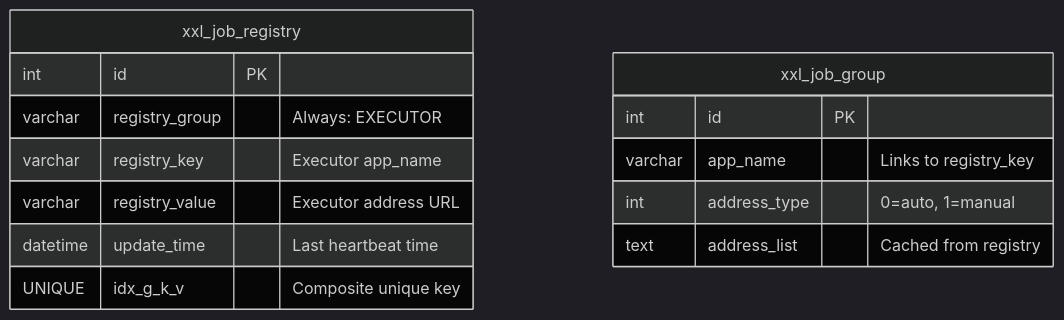
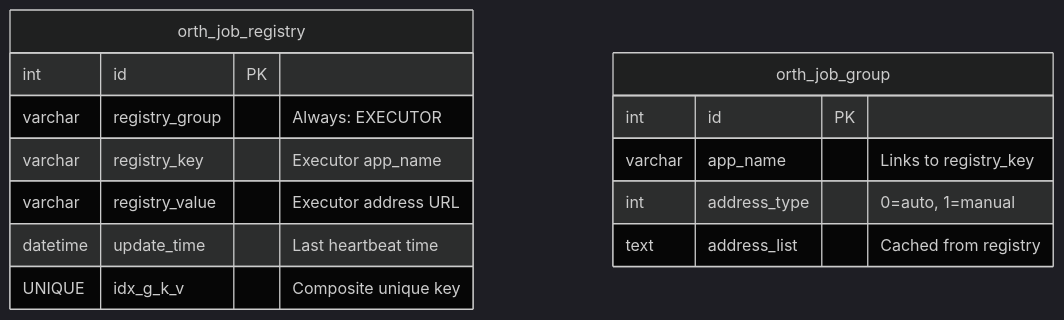
One commit to zombie12138/orth changed the third of 15 diagrams in arch/01-registry-and-discovery.md. Above: the diagram before and after it, drawn with Mermaid (dark theme). The commit also changed other lines of this file and 576 other files, not shown here.

First line of the commit message:
refactor: rename xxl-job → orth across entire project

````diff
--- a/arch/01-registry-and-discovery.md
+++ b/arch/01-registry-and-discovery.md
@@ -87,18 +87,18 @@
 ```mermaid
 erDiagram
-    xxl_job_registry {
+    orth_job_registry {
         int id PK
         varchar registry_group "Always: EXECUTOR"
         varchar registry_key "Executor app_name"
         varchar registry_value "Executor address URL"
         datetime update_time "Last heartbeat time"
         UNIQUE idx_g_k_v "Composite unique key"
     }
     
-    xxl_job_group {
+    orth_job_group {
         int id PK
         varchar app_name "Links to registry_key"
         int address_type "0=auto, 1=manual"
         text address_list "Cached from registry"
     }
 ```
````
